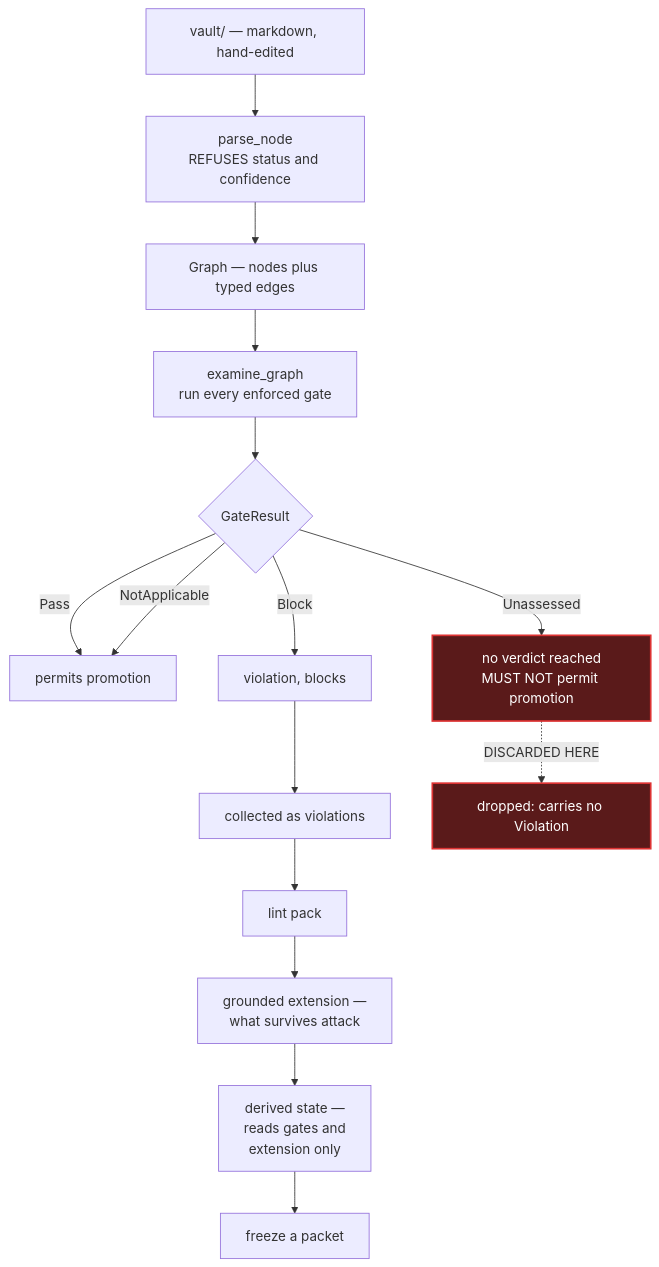
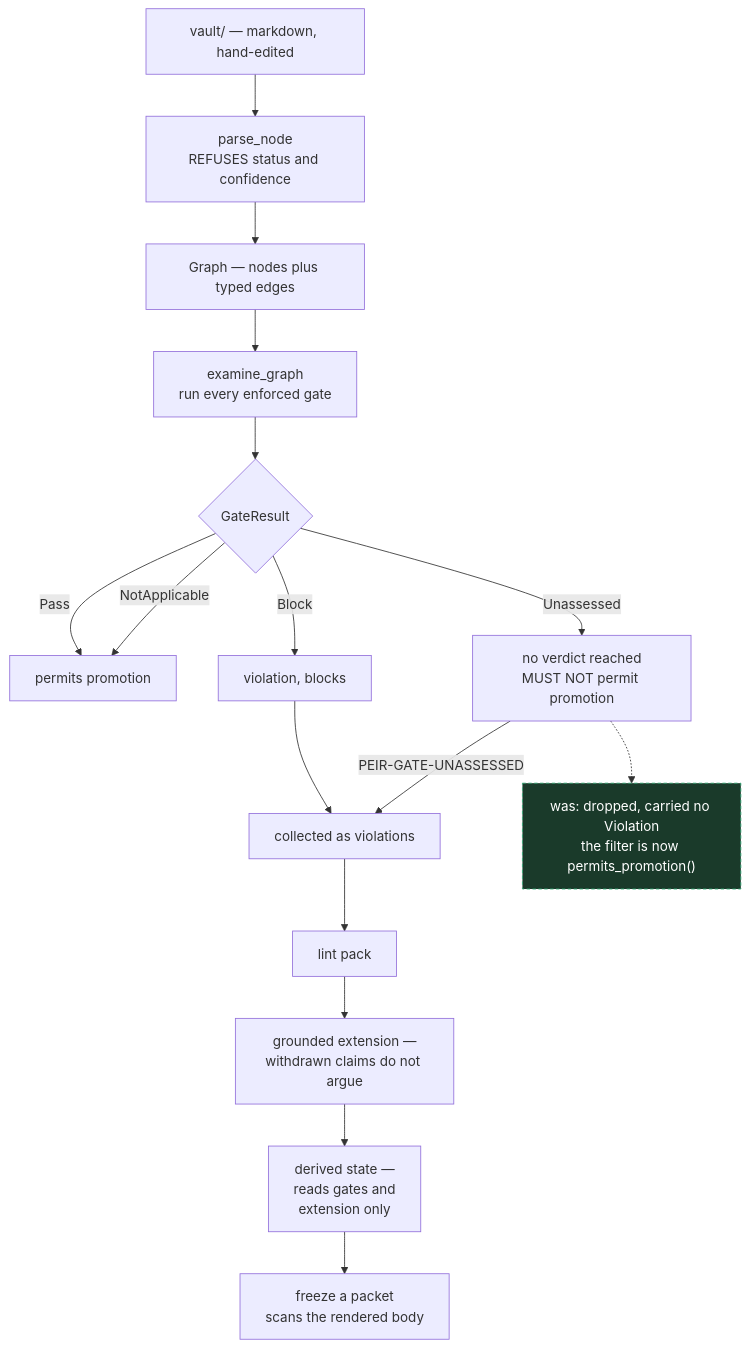
One commit to SecurityRonin/peira changed the fifth of 7 diagrams in docs/architecture.md. Above: the diagram before and after it, drawn with Mermaid. The commit also changed other lines of this file and 2 other files, not shown here.

First line of the commit message:
docs: the record said broken for things that were repaired

````diff
--- a/docs/architecture.md
+++ b/docs/architecture.md
@@ -229,23 +235,24 @@
 ```mermaid
 flowchart TB
     V["vault/ — markdown, hand-edited"] --> P["parse_node<br/>REFUSES status and confidence"]
     P --> G["Graph — nodes plus typed edges"]
     G --> E["examine_graph<br/>run every enforced gate"]
     E --> R{"GateResult"}
     R -->|"Pass"| OK["permits promotion"]
     R -->|"NotApplicable"| OK
     R -->|"Block"| BL["violation, blocks"]
     R -->|"Unassessed"| UN["no verdict reached<br/>MUST NOT permit promotion"]
 
     BL --> AGG["collected as violations"]
-    UN -.->|"DISCARDED HERE"| X["dropped: carries no Violation"]
+    UN -->|"PEIR-GATE-UNASSESSED"| AGG
 
     AGG --> LN["lint pack"]
-    LN --> GE["grounded extension —<br/>what survives attack"]
+    LN --> GE["grounded extension —<br/>withdrawn claims do not argue"]
     GE --> DS["derived state —<br/>reads gates and<br/>extension only"]
-    DS --> FR["freeze a packet"]
+    DS --> FR["freeze a packet<br/>scans the rendered body"]
 
-    X:::broken
-    UN:::broken
-    classDef broken fill:#5a1a1a,stroke:#d33,color:#fff,stroke-width:2px
+    X["was: dropped, carried no Violation<br/>the filter is now permits_promotion()"]
+    UN -.-> X
+    X:::mended
+    classDef mended fill:#1a3a2a,stroke:#3a7,color:#fff,stroke-dasharray: 4 3
 ```
````
